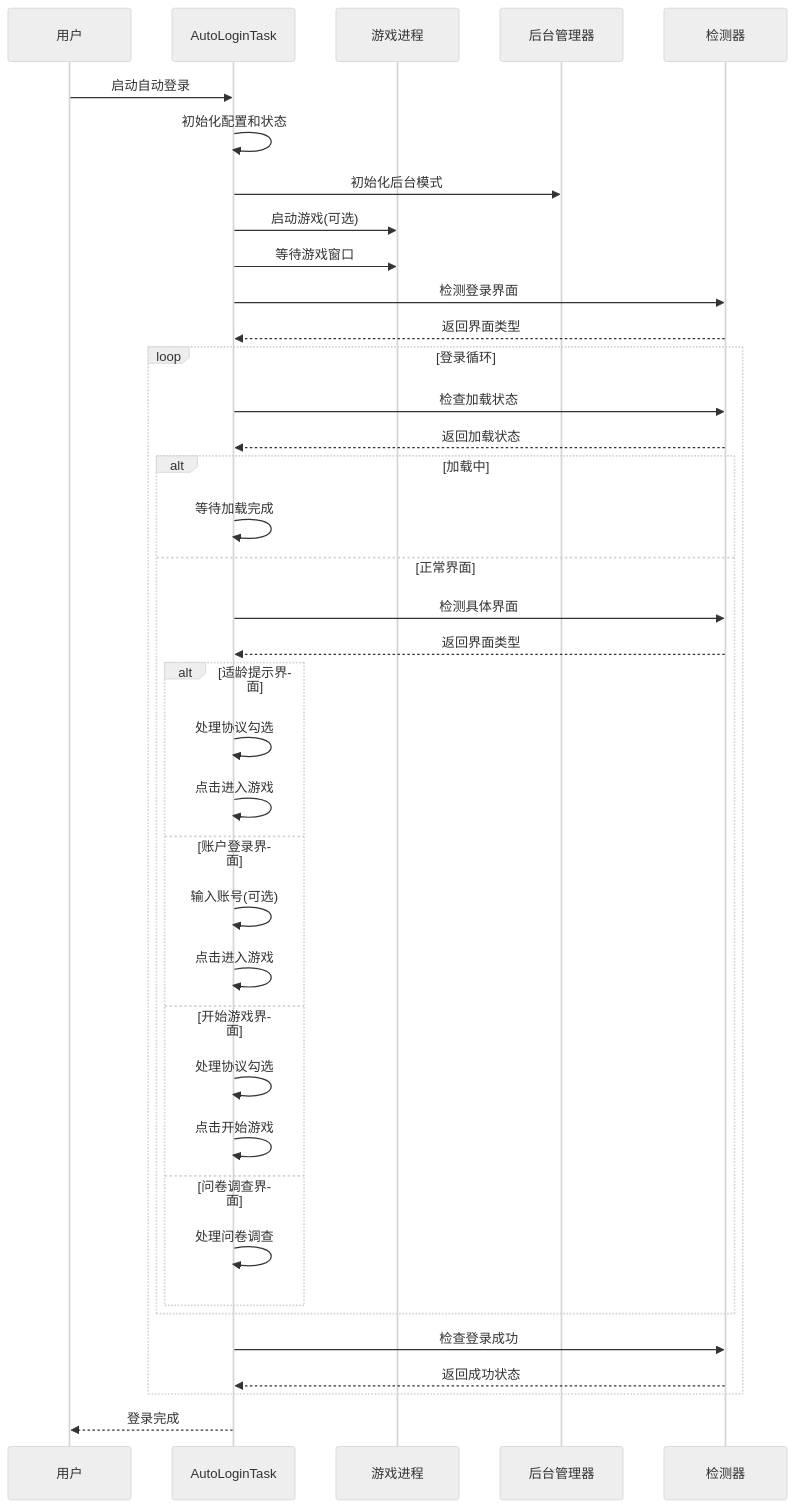
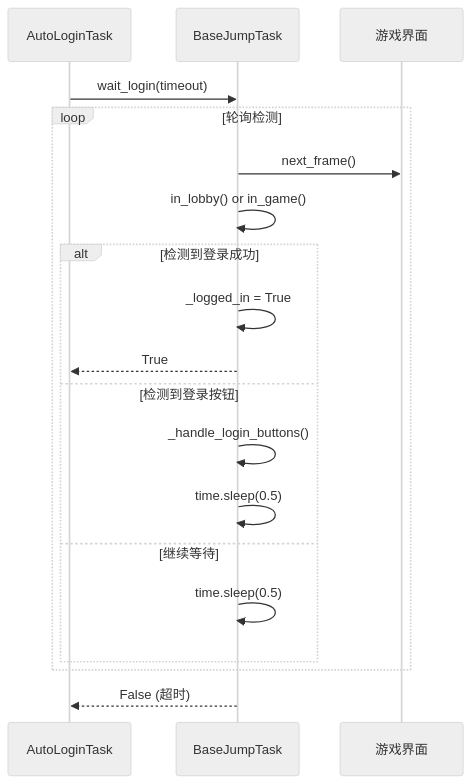
The third of 8 diagrams in .qoder/repowiki/zh/content/任务系统/自动登录任务.md (xsy098-max/ok-jump), drawn with Mermaid (neutral theme) before and after one commit. The commit also changed other lines of this file and 216 other files, not shown here.

````diff
--- a/.qoder/repowiki/zh/content/任务系统/自动登录任务.md
+++ b/.qoder/repowiki/zh/content/任务系统/自动登录任务.md
@@ -253,40 +138,21 @@
 ```mermaid
 sequenceDiagram
-participant User as 用户
 participant Task as AutoLoginTask
-participant Game as 游戏进程
-participant Manager as 后台管理器
-participant Detector as 检测器
-User->>Task : 启动自动登录
-Task->>Task : 初始化配置和状态
-Task->>Manager : 初始化后台模式
-Task->>Game : 启动游戏(可选)
-Task->>Game : 等待游戏窗口
-Task->>Detector : 检测登录界面
-Detector-->>Task : 返回界面类型
-loop 登录循环
-Task->>Detector : 检查加载状态
-Detector-->>Task : 返回加载状态
-alt 加载中
-Task->>Task : 等待加载完成
-else 正常界面
-Task->>Detector : 检测具体界面
-Detector-->>Task : 返回界面类型
-alt 适龄提示界面
-Task->>Task : 处理协议勾选
-Task->>Task : 点击进入游戏
-else 账户登录界面
-Task->>Task : 输入账号(可选)
-Task->>Task : 点击进入游戏
-else 开始游戏界面
-Task->>Task : 处理协议勾选
-Task->>Task : 点击开始游戏
-else 问卷调查界面
-Task->>Task : 处理问卷调查
+participant BaseTask as BaseJumpTask
+participant Game as 游戏界面
+Task->>BaseTask : wait_login(timeout)
+loop 轮询检测
+BaseTask->>Game : next_frame()
+BaseTask->>BaseTask : in_lobby() or in_game()
+alt 检测到登录成功
+BaseTask->>BaseTask : _logged_in = True
+BaseTask-->>Task : True
+else 检测到登录按钮
+BaseTask->>BaseTask : _handle_login_buttons()
+BaseTask->>BaseTask : time.sleep(0.5)
+else 继续等待
+BaseTask->>BaseTask : time.sleep(0.5)
 end
 end
-Task->>Detector : 检查登录成功
-Detector-->>Task : 返回成功状态
-end
-Task-->>User : 登录完成
+BaseTask-->>Task : False (超时)
 ```
````
